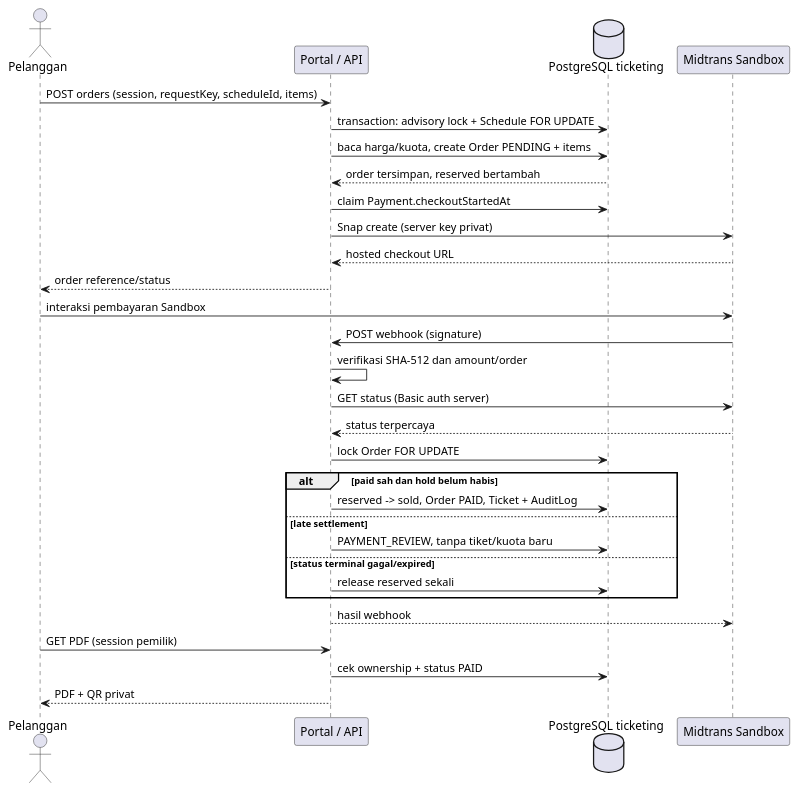
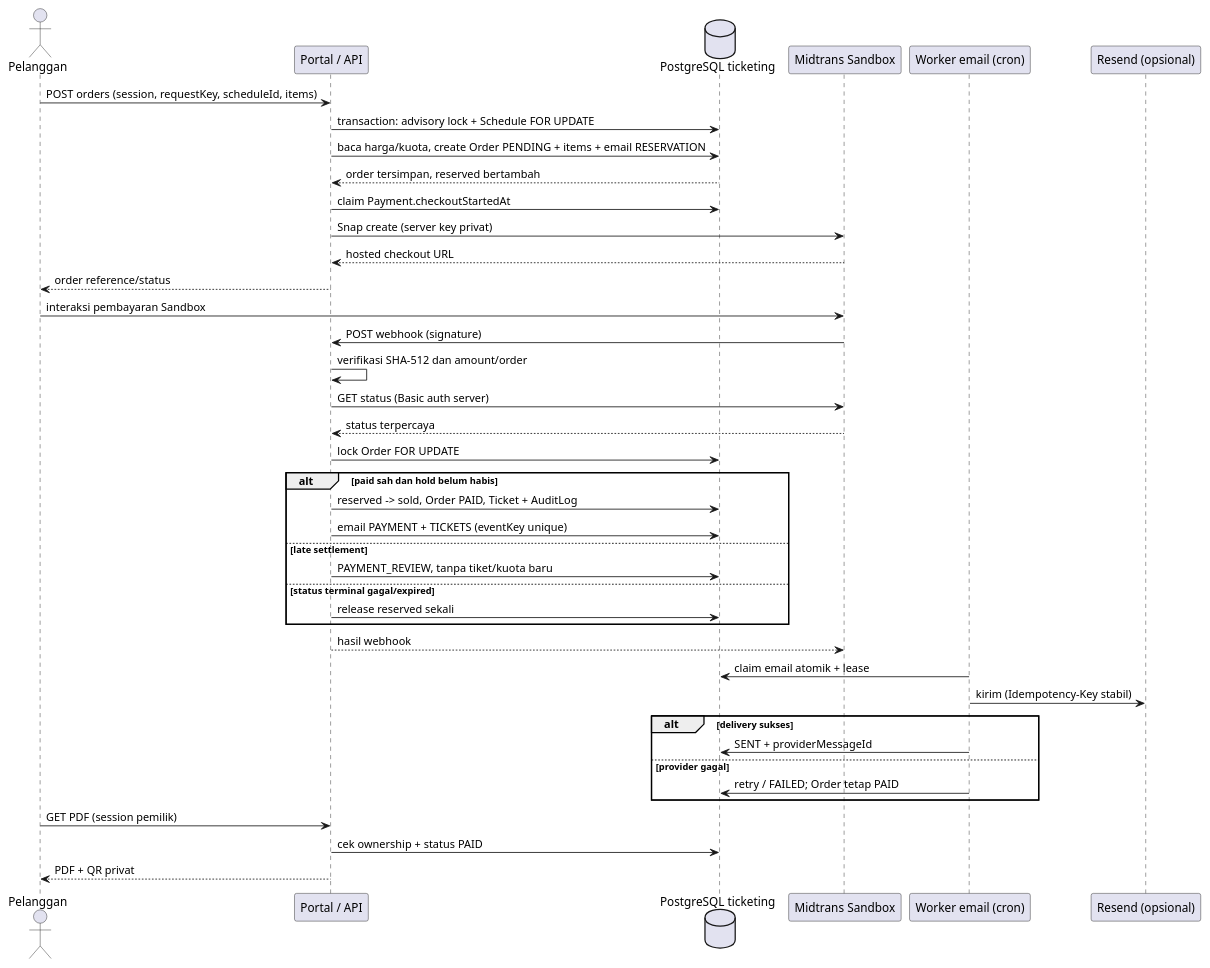
The diagram in docs/booking/diagrams/payment-sequence.puml (rifdanhd/lembur.udjo), drawn with PlantUML before and after one commit. The commit also changed 47 other files, not shown here.

```diff
--- a/docs/booking/diagrams/payment-sequence.puml
+++ b/docs/booking/diagrams/payment-sequence.puml
@@ -1,31 +1,41 @@
 @startuml
 actor Pelanggan
 participant "Portal / API" as API
 database "PostgreSQL ticketing" as DB
 participant "Midtrans Sandbox" as M
+participant "Worker email (cron)" as EW
+participant "Resend (opsional)" as E
 Pelanggan -> API: POST orders (session, requestKey, scheduleId, items)
 API -> DB: transaction: advisory lock + Schedule FOR UPDATE
-API -> DB: baca harga/kuota, create Order PENDING + items
+API -> DB: baca harga/kuota, create Order PENDING + items + email RESERVATION
 DB --> API: order tersimpan, reserved bertambah
 API -> DB: claim Payment.checkoutStartedAt
 API -> M: Snap create (server key privat)
 M --> API: hosted checkout URL
 API --> Pelanggan: order reference/status
 Pelanggan -> M: interaksi pembayaran Sandbox
 M -> API: POST webhook (signature)
 API -> API: verifikasi SHA-512 dan amount/order
 API -> M: GET status (Basic auth server)
 M --> API: status terpercaya
 API -> DB: lock Order FOR UPDATE
 alt paid sah dan hold belum habis
  API -> DB: reserved -> sold, Order PAID, Ticket + AuditLog
+ API -> DB: email PAYMENT + TICKETS (eventKey unique)
 else late settlement
  API -> DB: PAYMENT_REVIEW, tanpa tiket/kuota baru
 else status terminal gagal/expired
  API -> DB: release reserved sekali
 end
 API --> M: hasil webhook
+EW -> DB: claim email atomik + lease
+EW -> E: kirim (Idempotency-Key stabil)
+alt delivery sukses
+ EW -> DB: SENT + providerMessageId
+else provider gagal
+ EW -> DB: retry / FAILED; Order tetap PAID
+end
 Pelanggan -> API: GET PDF (session pemilik)
 API -> DB: cek ownership + status PAID
 API --> Pelanggan: PDF + QR privat
 @enduml
```
